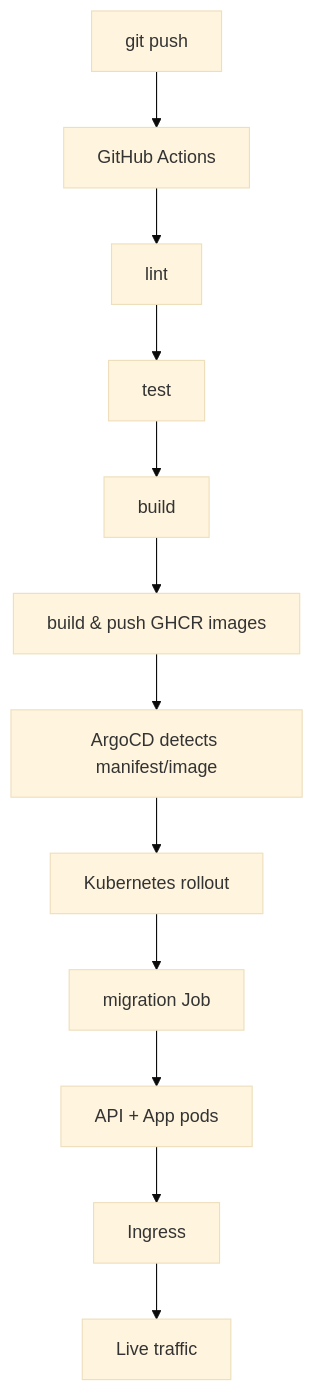
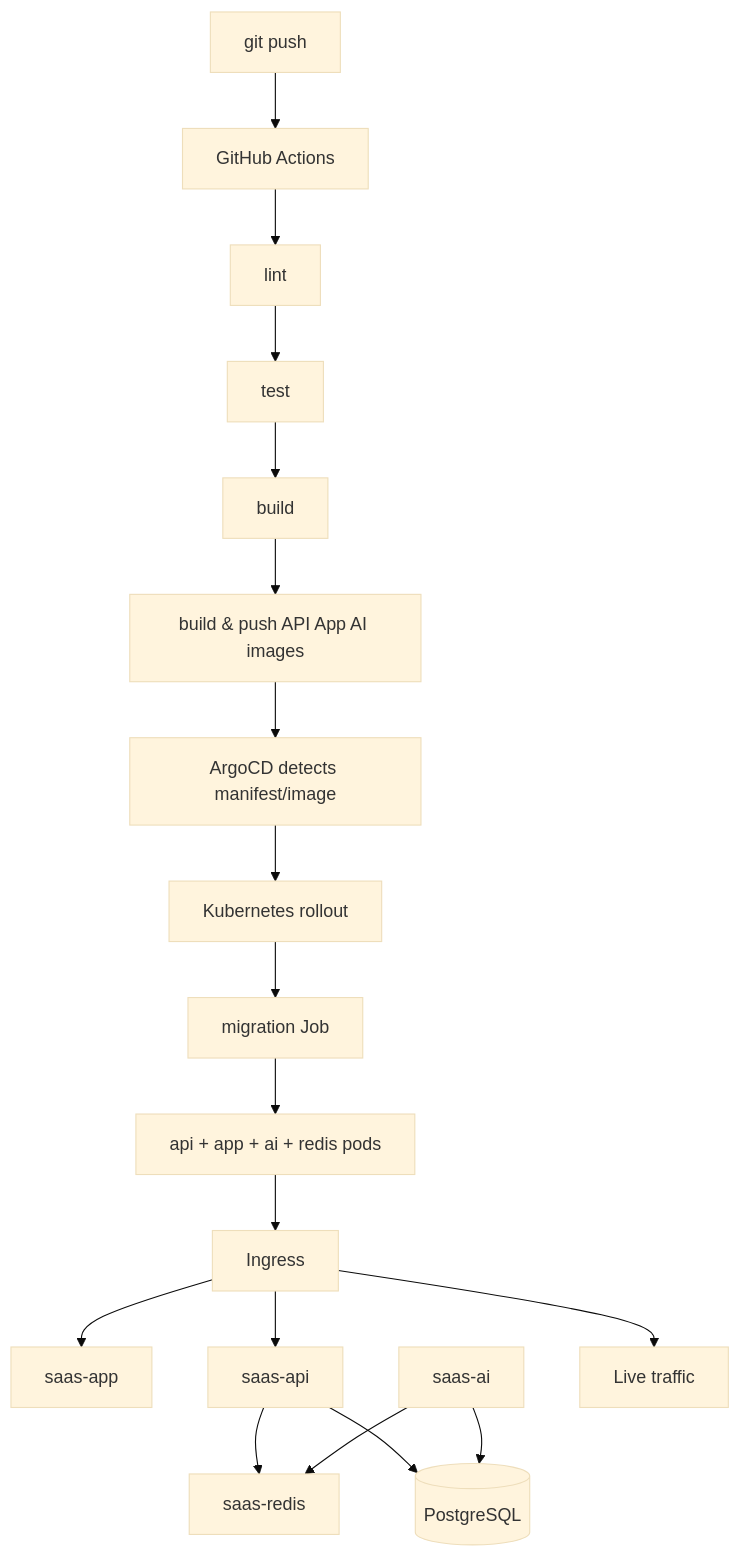
Before and after one commit to Khalil-Bchir/full-stack-saas-boilerplate: the first of 2 diagrams in deploy/README.md, drawn with Mermaid (base theme). The commit also changed other lines of this file and 91 other files, not shown here.

````diff
--- a/deploy/README.md
+++ b/deploy/README.md
@@ -11,14 +11,20 @@
 ```mermaid
 flowchart TD
     Push[git push] --> GHA[GitHub Actions]
     GHA --> Lint[lint]
     Lint --> Test[test]
     Test --> Build[build]
-    Build --> Images[build & push GHCR images]
+    Build --> Images[build & push API App AI images]
     Images --> Argo[ArgoCD detects manifest/image]
     Argo --> K8s[Kubernetes rollout]
     K8s --> Job[migration Job]
-    Job --> Pods[API + App pods]
+    Job --> Pods[api + app + ai + redis pods]
     Pods --> Ingress[Ingress]
+    Ingress --> App[saas-app]
+    Ingress --> API[saas-api]
+    API --> Redis[saas-redis]
+    AI[saas-ai] --> Redis
+    API --> PG[(PostgreSQL)]
+    AI --> PG
     Ingress --> Live[Live traffic]
 ```
````
